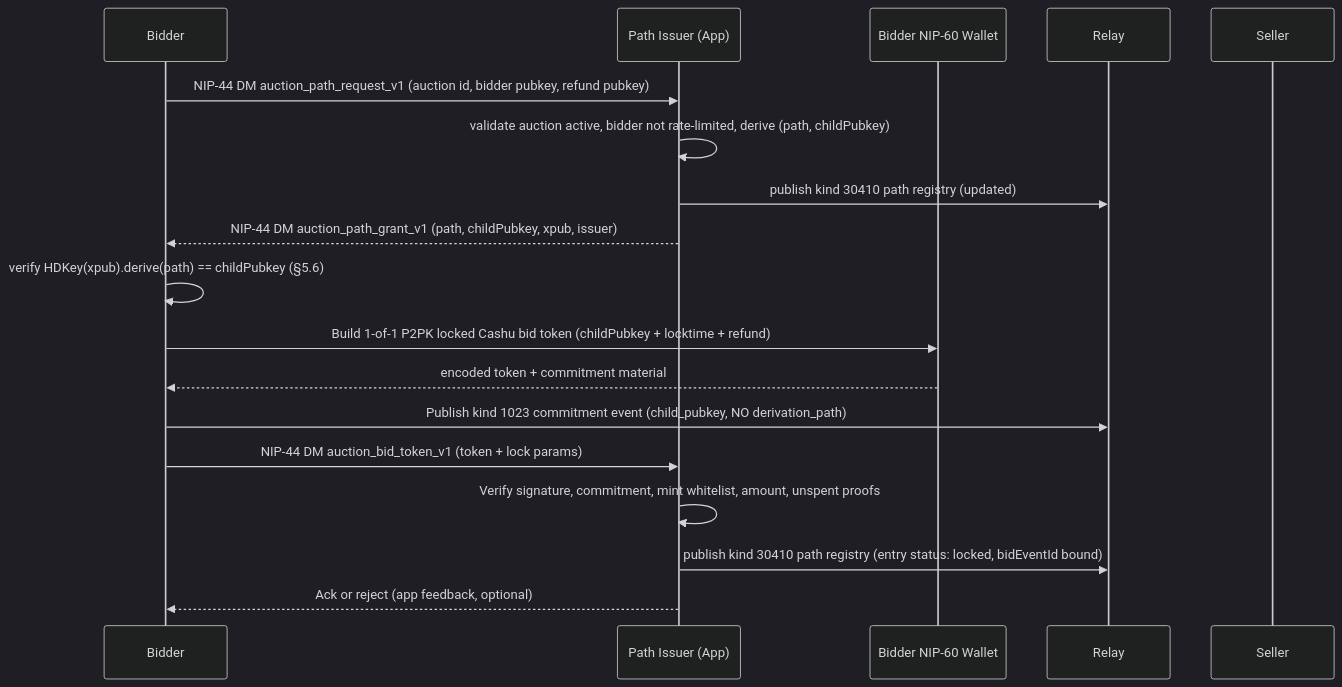
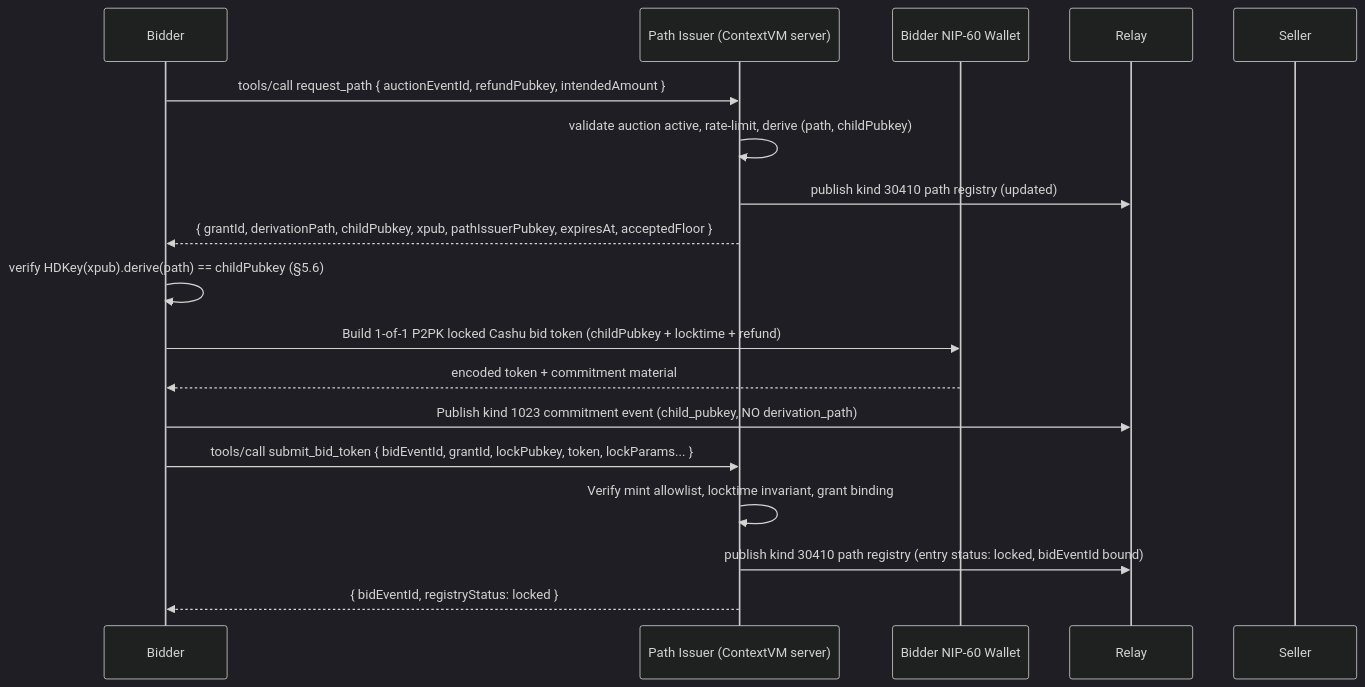
Before and after one commit to PlebeianApp/market: the second of 4 diagrams in AUCTIONS.md, drawn with Mermaid (dark theme). The commit also changed other lines of this file and 25 other files, not shown here.

First line of the commit message:
refactor: move auction issuer logic to contextvm server

````diff
--- a/AUCTIONS.md
+++ b/AUCTIONS.md
@@ -623,22 +667,22 @@
 ```mermaid
 sequenceDiagram
     participant B as Bidder
-    participant I as Path Issuer (App)
+    participant I as Path Issuer (ContextVM server)
     participant W as Bidder NIP-60 Wallet
     participant R as Relay
     participant S as Seller
 
-    B->>I: NIP-44 DM auction_path_request_v1 (auction id, bidder pubkey, refund pubkey)
-    I->>I: validate auction active, bidder not rate-limited, derive (path, childPubkey)
+    B->>I: tools/call request_path { auctionEventId, refundPubkey, intendedAmount }
+    I->>I: validate auction active, rate-limit, derive (path, childPubkey)
     I->>R: publish kind 30410 path registry (updated)
-    I-->>B: NIP-44 DM auction_path_grant_v1 (path, childPubkey, xpub, issuer)
+    I-->>B: { grantId, derivationPath, childPubkey, xpub, pathIssuerPubkey, expiresAt, acceptedFloor }
 
     B->>B: verify HDKey(xpub).derive(path) == childPubkey (§5.6)
     B->>W: Build 1-of-1 P2PK locked Cashu bid token (childPubkey + locktime + refund)
     W-->>B: encoded token + commitment material
     B->>R: Publish kind 1023 commitment event (child_pubkey, NO derivation_path)
-    B->>I: NIP-44 DM auction_bid_token_v1 (token + lock params)
-    I->>I: Verify signature, commitment, mint whitelist, amount, unspent proofs
+    B->>I: tools/call submit_bid_token { bidEventId, grantId, lockPubkey, token, lockParams... }
+    I->>I: Verify mint allowlist, locktime invariant, grant binding
     I->>R: publish kind 30410 path registry (entry status: locked, bidEventId bound)
-    I-->>B: Ack or reject (app feedback, optional)
+    I-->>B: { bidEventId, registryStatus: locked }
 ```
````
